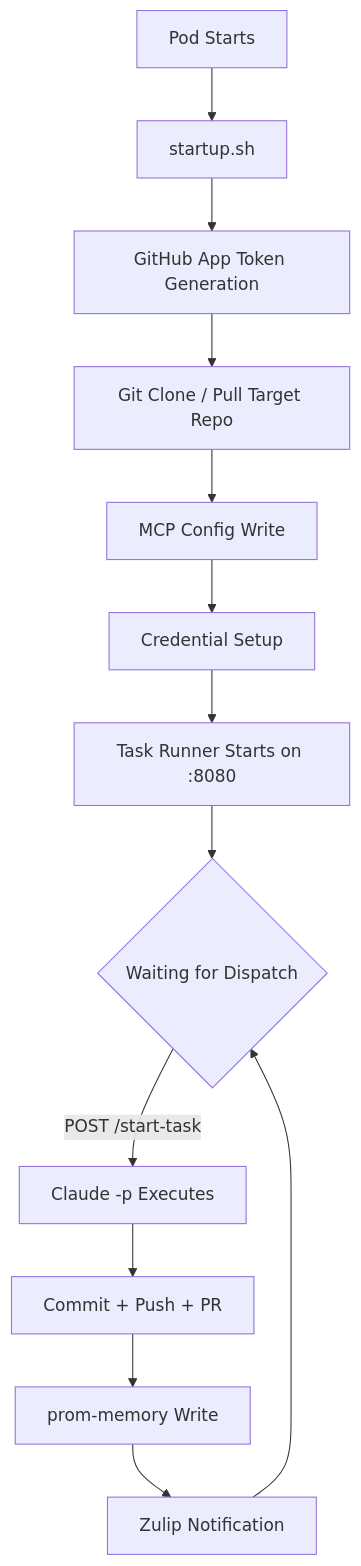
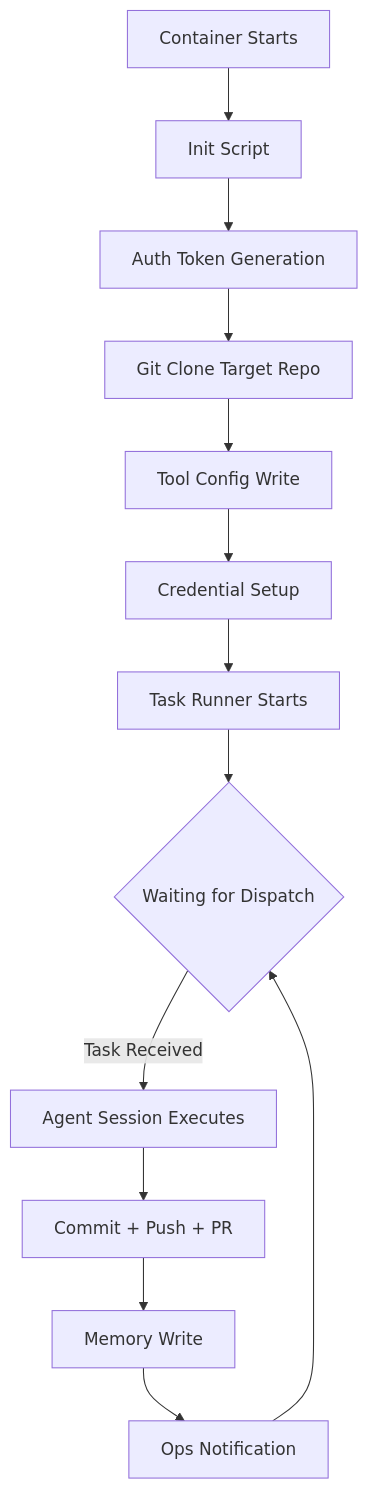
One commit to CyberdaemonAI/cyberdaemon-site changed the second of 3 diagrams in src/content/build-logs/b0b-methodology.mdx. Above: the diagram before and after it, drawn with Mermaid. The commit also changed other lines of this file and 3 other files, not shown here.

````diff
--- a/src/content/build-logs/b0b-methodology.mdx
+++ b/src/content/build-logs/b0b-methodology.mdx
@@ -110,15 +111,15 @@
 ```mermaid
 graph TD
-    A[Pod Starts] --> B[startup.sh]
-    B --> C[GitHub App Token Generation]
-    C --> D[Git Clone / Pull Target Repo]
-    D --> E[MCP Config Write]
+    A[Container Starts] --> B[Init Script]
+    B --> C[Auth Token Generation]
+    C --> D[Git Clone Target Repo]
+    D --> E[Tool Config Write]
     E --> F[Credential Setup]
-    F --> G[Task Runner Starts on :8080]
+    F --> G[Task Runner Starts]
     G --> H{Waiting for Dispatch}
-    H -->|POST /start-task| I[Claude -p Executes]
+    H -->|Task Received| I[Agent Session Executes]
     I --> J[Commit + Push + PR]
-    J --> K[prom-memory Write]
-    K --> L[Zulip Notification]
+    J --> K[Memory Write]
+    K --> L[Ops Notification]
     L --> H
 ```
````
